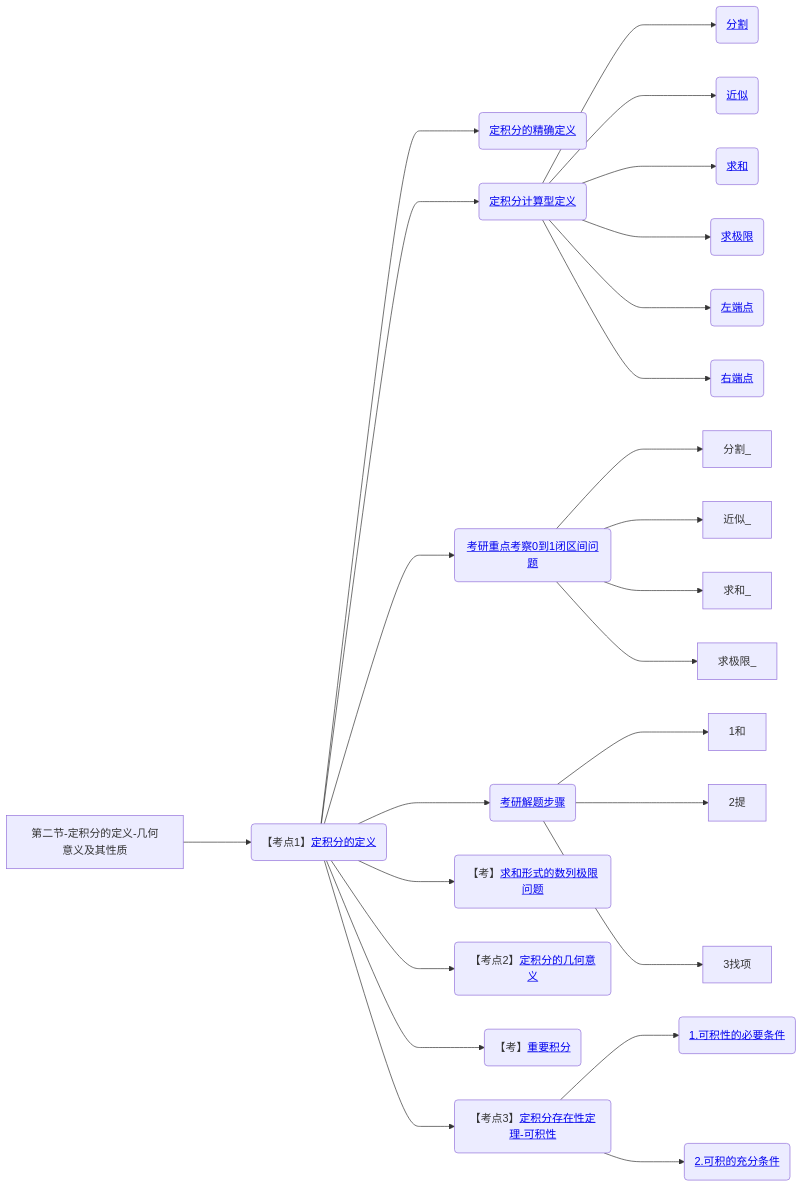
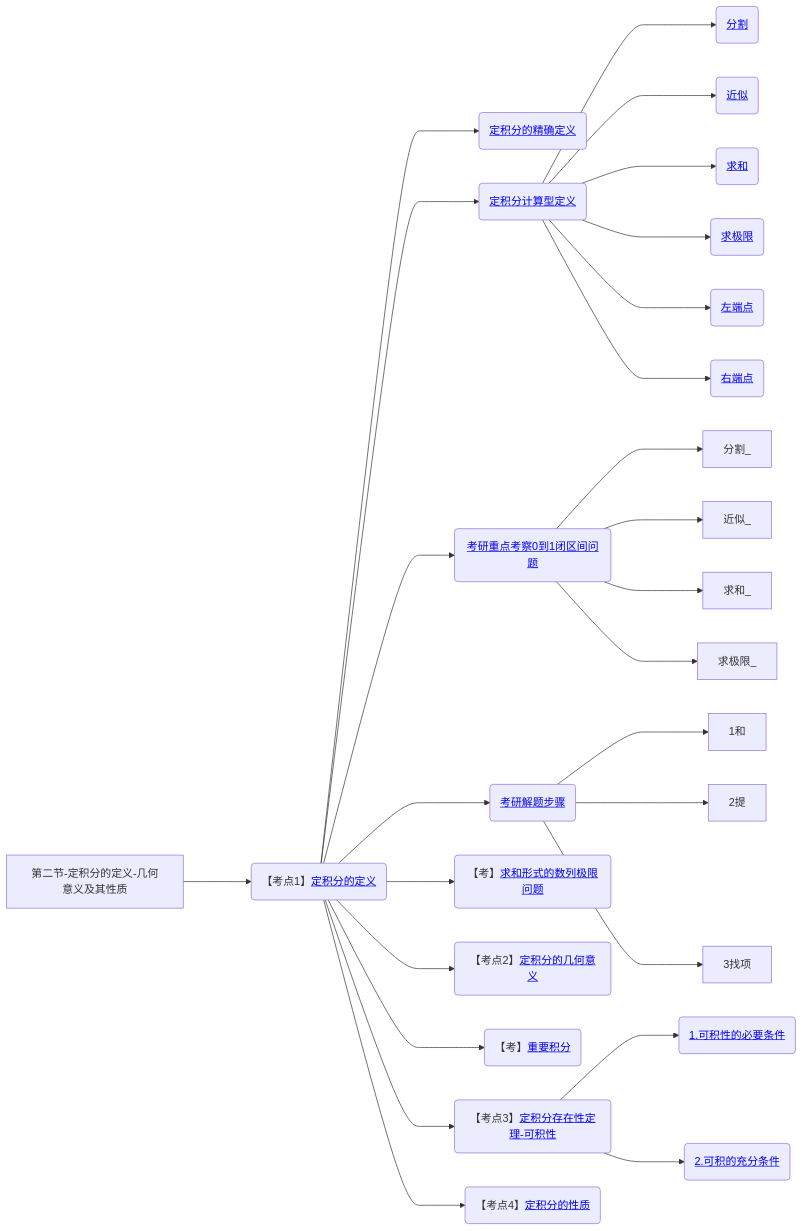
Before and after one commit to yuebinghui/note: diagram 19 of 19 in 笔记/数学/周洋鑫/01.基础班思维导图.md, drawn with Mermaid. The commit also changed 9 other files, not shown here.

````diff
--- a/笔记/数学/周洋鑫/01.基础班思维导图.md
+++ b/笔记/数学/周洋鑫/01.基础班思维导图.md
@@ -694,38 +694,39 @@
 ```mermaid
 graph LR
 第二节-定积分的定义-几何意义及其性质
 
 第二节-定积分的定义-几何意义及其性质--->定积分的定义(【考点1】<a href="/Users/yuebinghui/Documents/program/github/note/笔记/数学/周洋鑫/基础班/21.定积分的定义_1.md#定积分的定义">定积分的定义</>)
 
 定积分的定义--->定积分的精确定义(<a href="/Users/yuebinghui/Documents/program/github/note/笔记/数学/周洋鑫/基础班/21.定积分的定义_1.md#定积分的精确定义">定积分的精确定义</>)
 定积分的精确定义
 定积分的定义--->定积分计算型定义(<a href="/Users/yuebinghui/Documents/program/github/note/笔记/数学/周洋鑫/基础班/21.定积分的定义_1.md#定积分计算型定义">定积分计算型定义</>)
 定积分计算型定义--->分割(<a href="/Users/yuebinghui/Documents/program/github/note/笔记/数学/周洋鑫/基础班/21.定积分的定义_1.md#分割">分割</>)
 定积分计算型定义--->近似(<a href="/Users/yuebinghui/Documents/program/github/note/笔记/数学/周洋鑫/基础班/21.定积分的定义_1.md#近似">近似</>)
 定积分计算型定义--->求和(<a href="/Users/yuebinghui/Documents/program/github/note/笔记/数学/周洋鑫/基础班/21.定积分的定义_1.md#求和">求和</>)
 定积分计算型定义--->求极限(<a href="/Users/yuebinghui/Documents/program/github/note/笔记/数学/周洋鑫/基础班/21.定积分的定义_1.md#求极限">求极限</>)
 定积分计算型定义--->左端点(<a href="/Users/yuebinghui/Documents/program/github/note/笔记/数学/周洋鑫/基础班/21.定积分的定义_1.md#左端点">左端点</>)
 定积分计算型定义--->右端点(<a href="/Users/yuebinghui/Documents/program/github/note/笔记/数学/周洋鑫/基础班/21.定积分的定义_1.md#右端点">右端点</>)
 
 定积分的定义--->考研重点考察0到1闭区间问题(<a href="/Users/yuebinghui/Documents/program/github/note/笔记/数学/周洋鑫/基础班/21.定积分的定义_1.md#考研重点考察0到1闭区间问题">考研重点考察0到1闭区间问题</>)
 考研重点考察0到1闭区间问题--->分割_
 考研重点考察0到1闭区间问题--->近似_
 考研重点考察0到1闭区间问题--->求和_
 考研重点考察0到1闭区间问题--->求极限_
 
 定积分的定义--->考研解题步骤(<a href="/Users/yuebinghui/Documents/program/github/note/笔记/数学/周洋鑫/基础班/21.定积分的定义_1.md#考研解题步骤">考研解题步骤</>)
 考研解题步骤--->1和
 考研解题步骤--->2提
 考研解题步骤--->3找项
 
 定积分的定义--->求和形式的数列极限问题(【考】<a href="/Users/yuebinghui/Documents/program/github/note/笔记/数学/周洋鑫/基础班/21.定积分的定义_1.md#求和形式的数列极限问题">求和形式的数列极限问题</>)
 
 定积分的定义--->定积分的几何意义(【考点2】<a href="/Users/yuebinghui/Documents/program/github/note/笔记/数学/周洋鑫/基础班/21.定积分的定义_1.md#定积分的几何意义">定积分的几何意义</>)
 定积分的定义--->重要积分(【考】<a href="/Users/yuebinghui/Documents/program/github/note/笔记/数学/周洋鑫/基础班/21.定积分的定义_1.md#重要积分">重要积分</>)
 
 定积分的定义--->定积分存在性定理-可积性(【考点3】<a href="/Users/yuebinghui/Documents/program/github/note/笔记/数学/周洋鑫/基础班/21.定积分的定义_1.md#定积分存在性定理-可积性">定积分存在性定理-可积性</>)
 定积分存在性定理-可积性--->1.可积性的必要条件(<a href="/Users/yuebinghui/Documents/program/github/note/笔记/数学/周洋鑫/基础班/21.定积分的定义_1.md#1.可积性的必要条件">1.可积性的必要条件</>)
 定积分存在性定理-可积性--->2.可积的充分条件(<a href="/Users/yuebinghui/Documents/program/github/note/笔记/数学/周洋鑫/基础班/21.定积分的定义_1.md#2.可积的充分条件">2.可积的充分条件</>)
+定积分的定义--->定积分的性质(【考点4】<a href="/Users/yuebinghui/Documents/program/github/note/笔记/数学/周洋鑫/基础班/21.定积分的定义_1.md#定积分的性质">定积分的性质</>)
 
 
 ```
````
